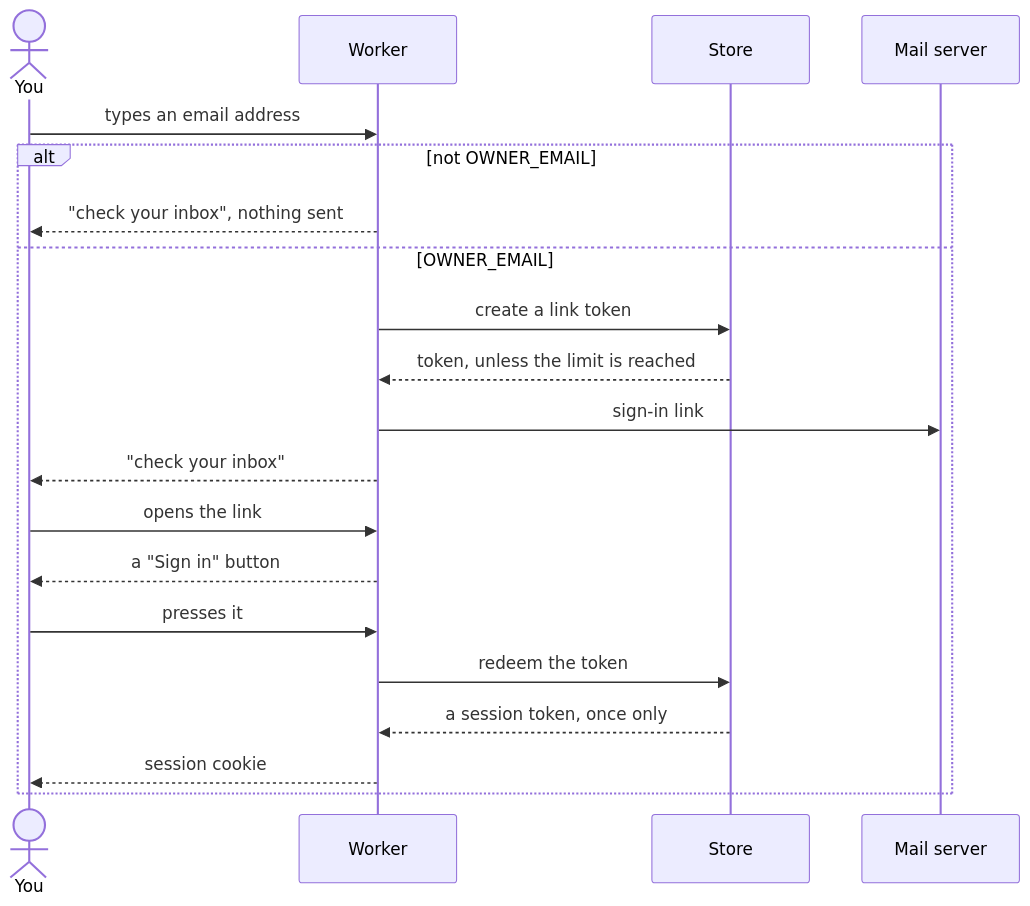
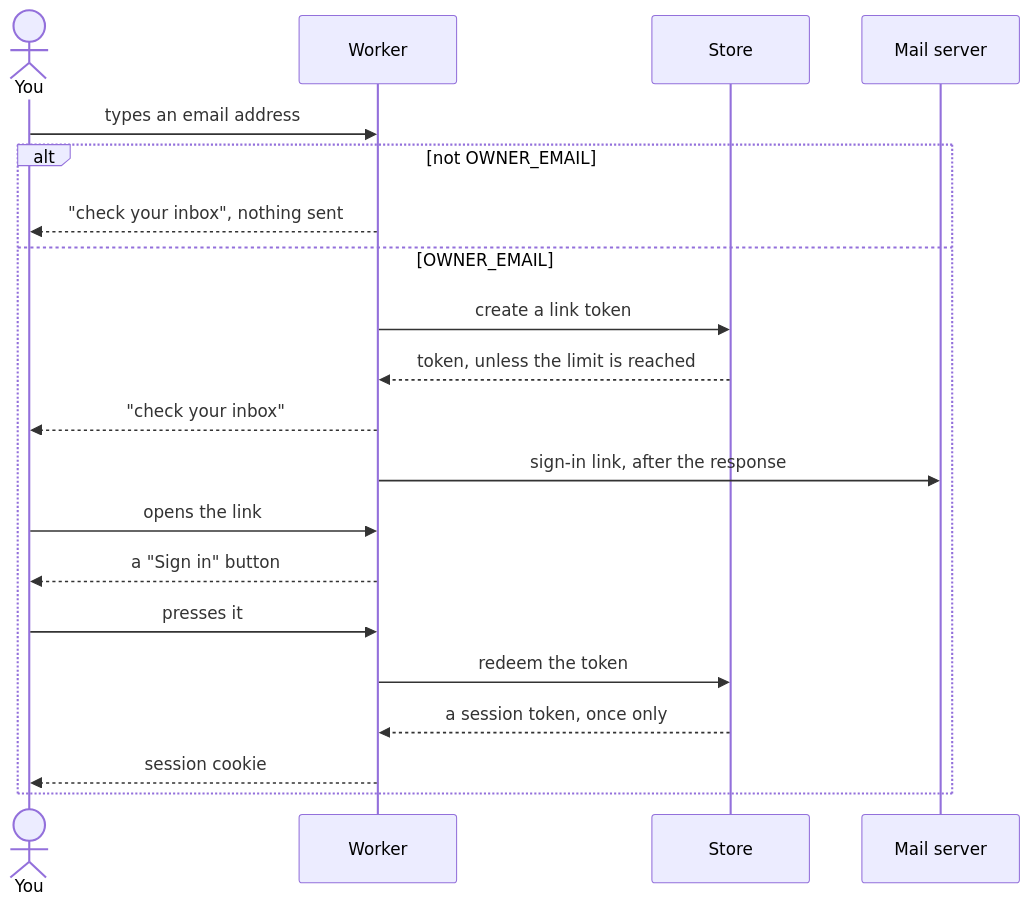
One commit to M-DEV-1/someday changed the second of 3 diagrams in docs/architecture.md. Above: the diagram before and after it, drawn with Mermaid. The commit also changed other lines of this file, not shown here.

Commit message:
docs: delivery, sign-in and backup changes in architecture

````diff
--- a/docs/architecture.md
+++ b/docs/architecture.md
@@ -40,23 +40,23 @@
 ```mermaid
 sequenceDiagram
   actor U as You
   participant W as Worker
   participant S as Store
   participant M as Mail server
 
   U->>W: types an email address
   alt not OWNER_EMAIL
     W-->>U: "check your inbox", nothing sent
   else OWNER_EMAIL
     W->>S: create a link token
     S-->>W: token, unless the limit is reached
-    W->>M: sign-in link
     W-->>U: "check your inbox"
+    W->>M: sign-in link, after the response
     U->>W: opens the link
     W-->>U: a "Sign in" button
     U->>W: presses it
     W->>S: redeem the token
     S-->>W: a session token, once only
     W-->>U: session cookie
   end
 ```
````
